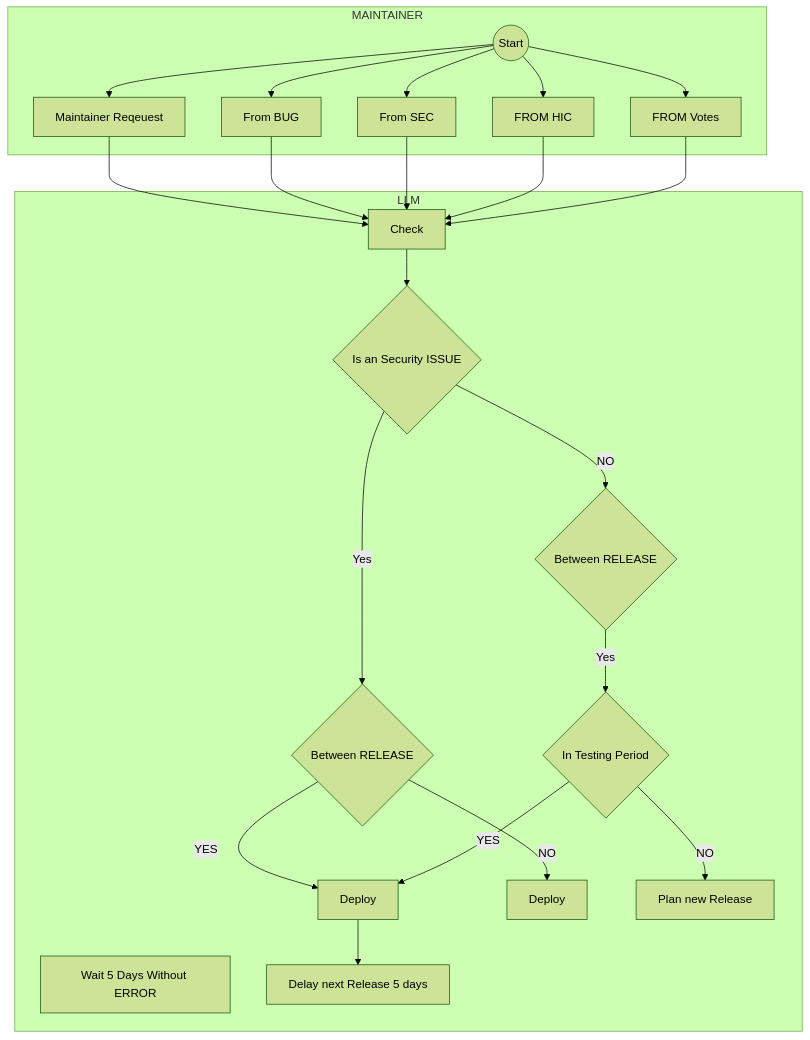
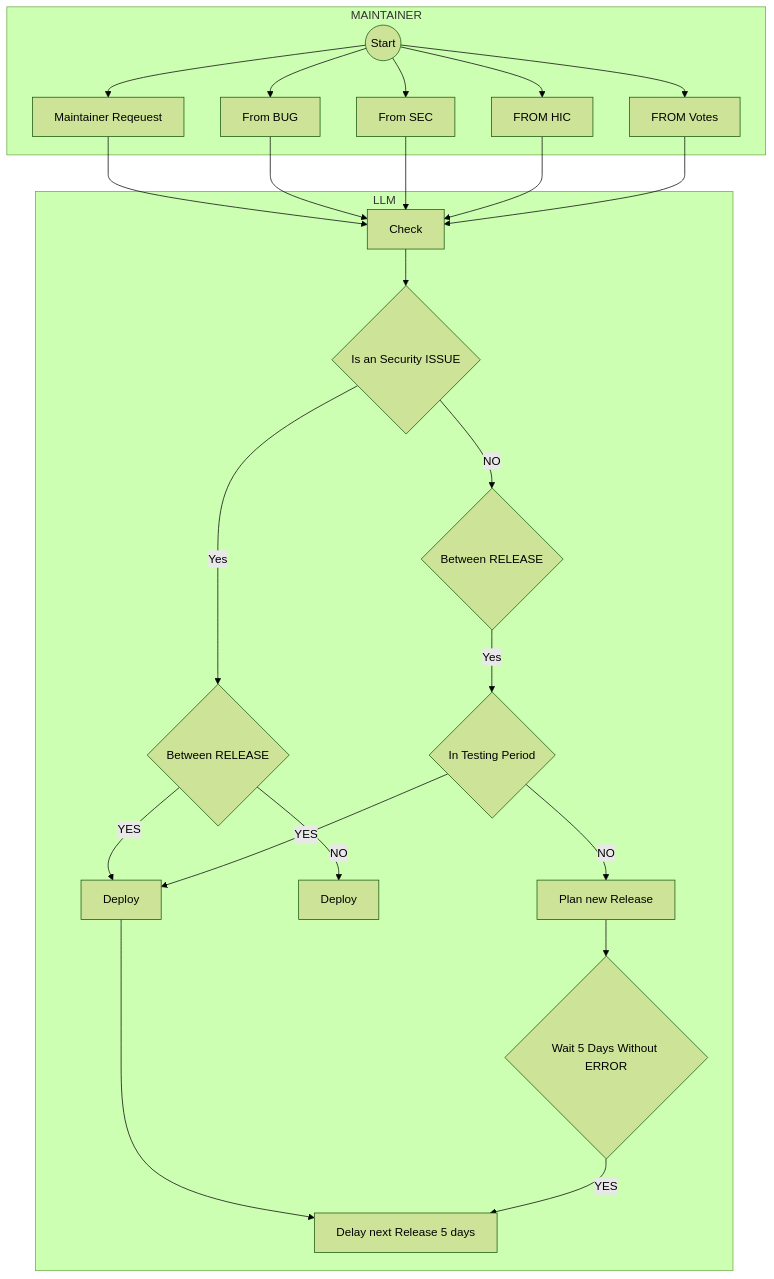
Before and after one commit to GFGMNET/Workspace: the diagram in docs/workflow_release.md, drawn with Mermaid (forest theme).

````diff
--- a/docs/workflow_release.md
+++ b/docs/workflow_release.md
@@ -1,45 +1,49 @@
 ```mermaid
 flowchart TD
  subgraph MAINTAINER
     STA@{ shape: circle, label: "Start" }
 	DEC[Maintainer Reqeuest]
 	BUG[From BUG]
 	SEC[From SEC]
 	HIC[FROM HIC]
 	VOT[FROM Votes]
  end
  subgraph LLM
   CHE[Check]
   DEP[Deploy]
   DIF[Deploy]
   BET{Between RELEASE}
   BIT{Between RELEASE}
   ISEC{Is an Security ISSUE}
-  WAU[Wait 5 Days Without ERROR]
+  WAU{Wait 5 Days Without ERROR}
   DEL[Delay next Release 5 days]
   TES{In Testing Period}
   PLAN[Plan new Release]
  end
   
  
  
  STA --> DEC
  STA --> BUG
  STA --> SEC
  STA --> HIC
  STA --> VOT
  DEC --> CHE 
  BUG --> CHE 
  SEC --> CHE 
  HIC --> CHE 
  VOT --> CHE 
  CHE --> ISEC
  ISEC --> |Yes|BET
  BET --> |YES|DEP 
  BET --> |NO|DIF
  DEP --> DEL
  ISEC --> |NO|BIT
  BIT --> |Yes|TES
  TES --> |YES| DEP
  TES --> |NO| PLAN
+ PLAN --> WAU
+ WAU --> |YES|DEL
+ 
+ 
  ```
````
